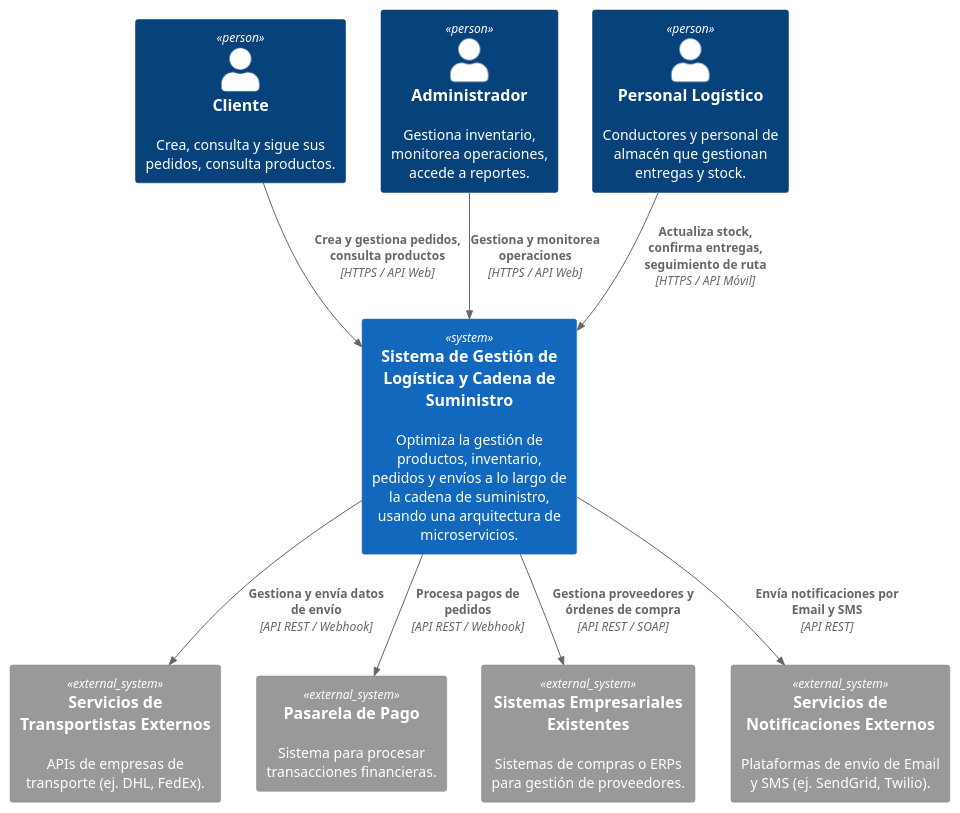
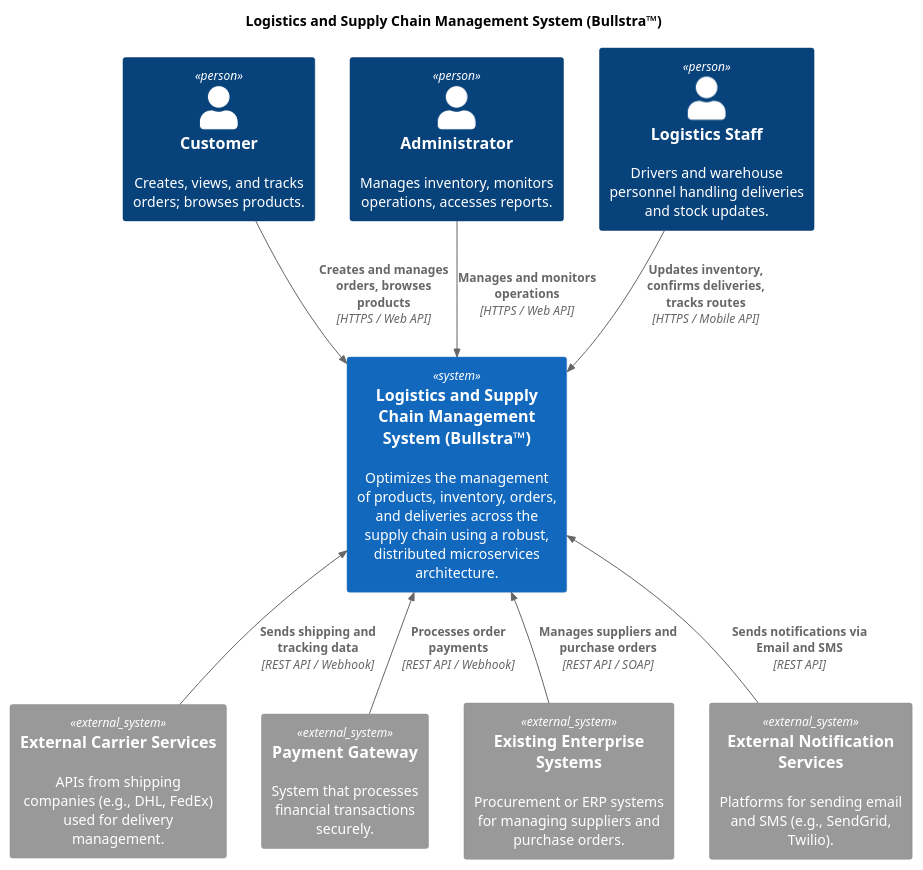
One commit to gaboToro/Bullstra changed the diagram in docs/architecture/high-level/context_diagram.puml. Above: the diagram before and after it, drawn with PlantUML. The commit also changed 1 other file, not shown here.

Commit message:
docs(architecture): add C4 container diagram to architecture documentation

```diff
--- a/docs/architecture/high-level/context_diagram.puml
+++ b/docs/architecture/high-level/context_diagram.puml
@@ -1,28 +1,31 @@
-@startuml SistemaGestionLogisticaContext
+@startuml LogisticsManagementSystemContext
 !include https://raw.githubusercontent.com/plantuml-stdlib/C4-PlantUML/master/C4_Context.puml
 
-' Personas
-Person(cliente, "Cliente", "Crea, consulta y sigue sus pedidos, consulta productos.")
-Person(administrador, "Administrador", "Gestiona inventario, monitorea operaciones, accede a reportes.")
-Person(personal_logistico, "Personal Logístico", "Conductores y personal de almacén que gestionan entregas y stock.")
+' Define the name of the system
+title Logistics and Supply Chain Management System (Bullstra™)
 
-' Sistemas Externos
-System_Ext(transportistas, "Servicios de Transportistas Externos", "APIs de empresas de transporte (ej. DHL, FedEx).")
-System_Ext(pasarelas_pago, "Pasarela de Pago", "Sistema para procesar transacciones financieras.")
-System_Ext(sistemas_empresariales, "Sistemas Empresariales Existentes", "Sistemas de compras o ERPs para gestión de proveedores.")
-System_Ext(servicios_notificaciones, "Servicios de Notificaciones Externos", "Plataformas de envío de Email y SMS (ej. SendGrid, Twilio).")
+' People
+Person(customer, "Customer", "Creates, views, and tracks orders; browses products.")
+Person(admin, "Administrator", "Manages inventory, monitors operations, accesses reports.")
+Person(logistics_staff, "Logistics Staff", "Drivers and warehouse personnel handling deliveries and stock updates.")
 
-' Sistema bajo desarrollo
-System(logistica_scm, "Sistema de Gestión de Logística y Cadena de Suministro", "Optimiza la gestión de productos, inventario, pedidos y envíos a lo largo de la cadena de suministro, usando una arquitectura de microservicios.")
+' External Systems
+System_Ext(carrier_services, "External Carrier Services", "APIs from shipping companies (e.g., DHL, FedEx) used for delivery management.")
+System_Ext(payment_gateway, "Payment Gateway", "System that processes financial transactions securely.")
+System_Ext(enterprise_systems, "Existing Enterprise Systems", "Procurement or ERP systems for managing suppliers and purchase orders.")
+System_Ext(notification_services, "External Notification Services", "Platforms for sending email and SMS (e.g., SendGrid, Twilio).")
 
-' Relaciones
-Rel(cliente, logistica_scm, "Crea y gestiona pedidos, consulta productos", "HTTPS / API Web")
-Rel(administrador, logistica_scm, "Gestiona y monitorea operaciones", "HTTPS / API Web")
-Rel(personal_logistico, logistica_scm, "Actualiza stock, confirma entregas, seguimiento de ruta", "HTTPS / API Móvil")
+' System under development
+System(logistics_scm, "Logistics and Supply Chain Management System (Bullstra™)", "Optimizes the management of products, inventory, orders, and deliveries across the supply chain using a robust, distributed microservices architecture.")
 
-Rel(logistica_scm, transportistas, "Gestiona y envía datos de envío", "API REST / Webhook")
-Rel(logistica_scm, pasarelas_pago, "Procesa pagos de pedidos", "API REST / Webhook")
-Rel(logistica_scm, sistemas_empresariales, "Gestiona proveedores y órdenes de compra", "API REST / SOAP")
-Rel(logistica_scm, servicios_notificaciones, "Envía notificaciones por Email y SMS", "API REST")
+' Relationships
+Rel(customer, logistics_scm, "Creates and manages orders, browses products", "HTTPS / Web API")
+Rel(admin, logistics_scm, "Manages and monitors operations", "HTTPS / Web API")
+Rel(logistics_staff, logistics_scm, "Updates inventory, confirms deliveries, tracks routes", "HTTPS / Mobile API")
+
+Rel_Back(logistics_scm, carrier_services, "Sends shipping and tracking data", "REST API / Webhook")
+Rel_Back(logistics_scm, payment_gateway, "Processes order payments", "REST API / Webhook")
+Rel_Back(logistics_scm, enterprise_systems, "Manages suppliers and purchase orders", "REST API / SOAP")
+Rel_Back(logistics_scm, notification_services, "Sends notifications via Email and SMS", "REST API")
 
 @enduml
```
